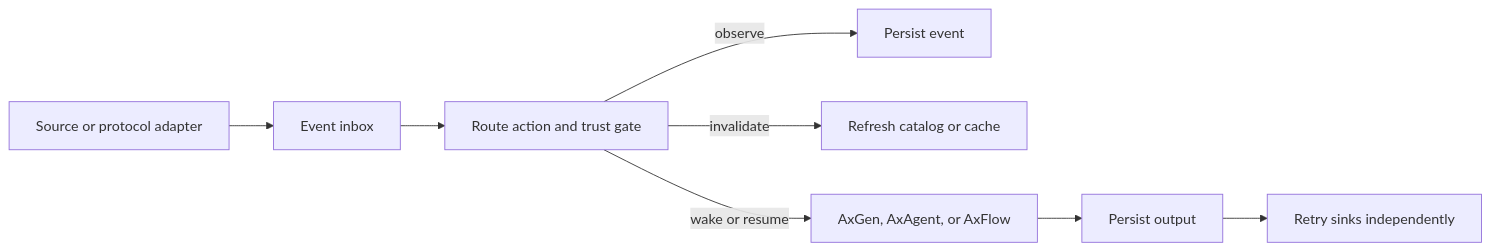
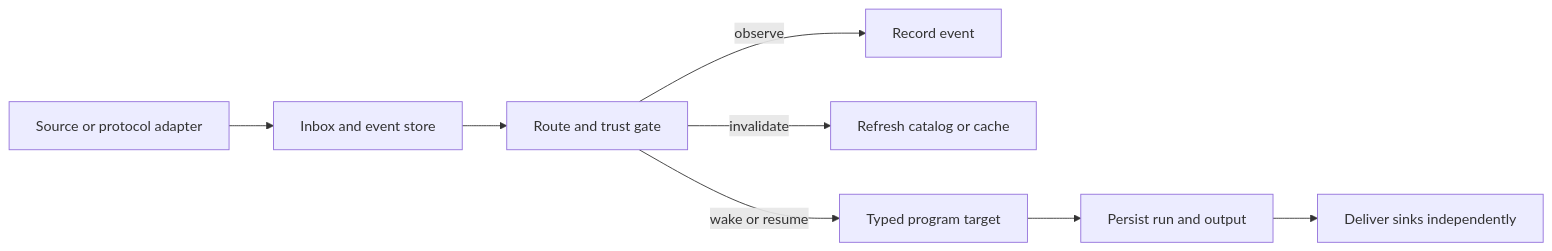
Before and after one commit to ax-llm/ax: the diagram in website/content-src/templates/concept-event-runtime.md, drawn with Mermaid. The commit also changed other lines of this file and 7 other files, not shown here.

````diff
--- a/website/content-src/templates/concept-event-runtime.md
+++ b/website/content-src/templates/concept-event-runtime.md
@@ -12,10 +12,10 @@
 ```mermaid
 flowchart LR
-  Source["Source or protocol adapter"] --> Inbox["Event inbox"]
-  Inbox --> Policy["Route action and trust gate"]
-  Policy -->|observe| Store["Persist event"]
-  Policy -->|invalidate| Cache["Refresh catalog or cache"]
-  Policy -->|wake or resume| Program["AxGen, AxAgent, or AxFlow"]
-  Program --> Output["Persist output"]
-  Output --> Sinks["Retry sinks independently"]
+  Source["Source or protocol adapter"] --> Inbox["Inbox and event store"]
+  Inbox --> Route["Route and trust gate"]
+  Route -->|observe| Store["Record event"]
+  Route -->|invalidate| Cache["Refresh catalog or cache"]
+  Route -->|wake or resume| Target["Typed program target"]
+  Target --> Run["Persist run and output"]
+  Run --> Sinks["Deliver sinks independently"]
 ```
````
